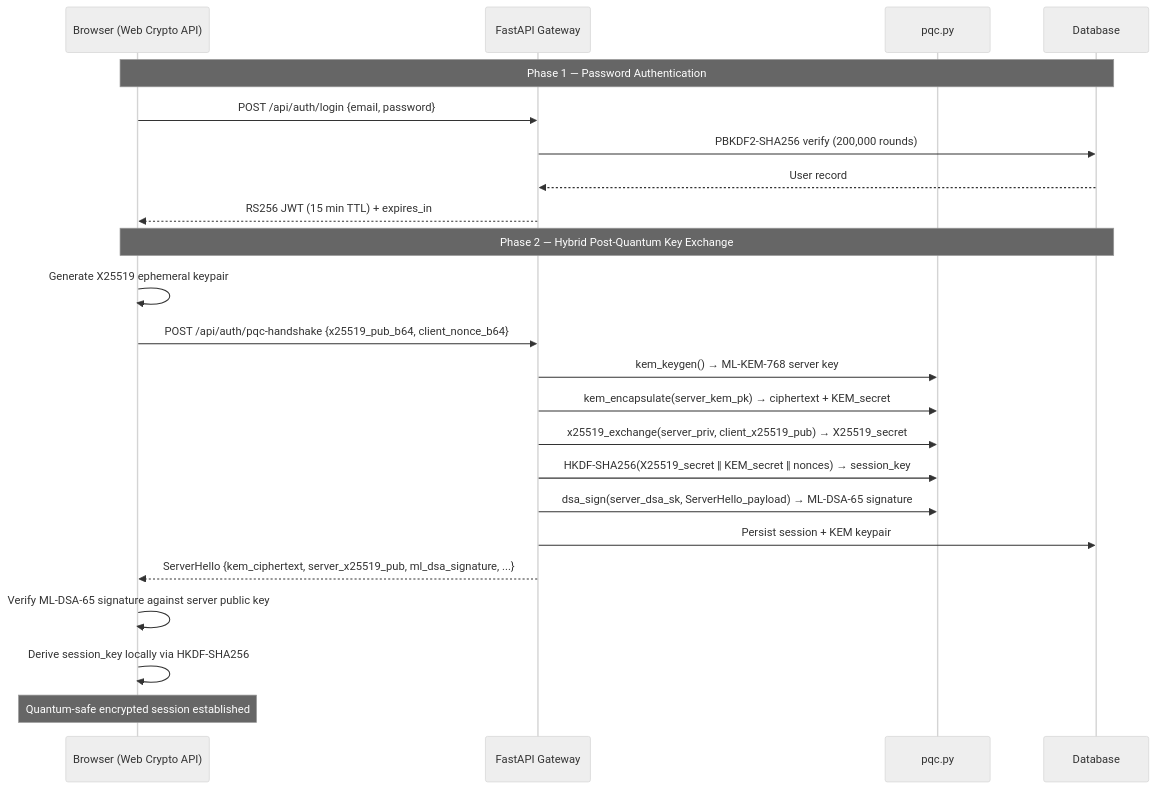
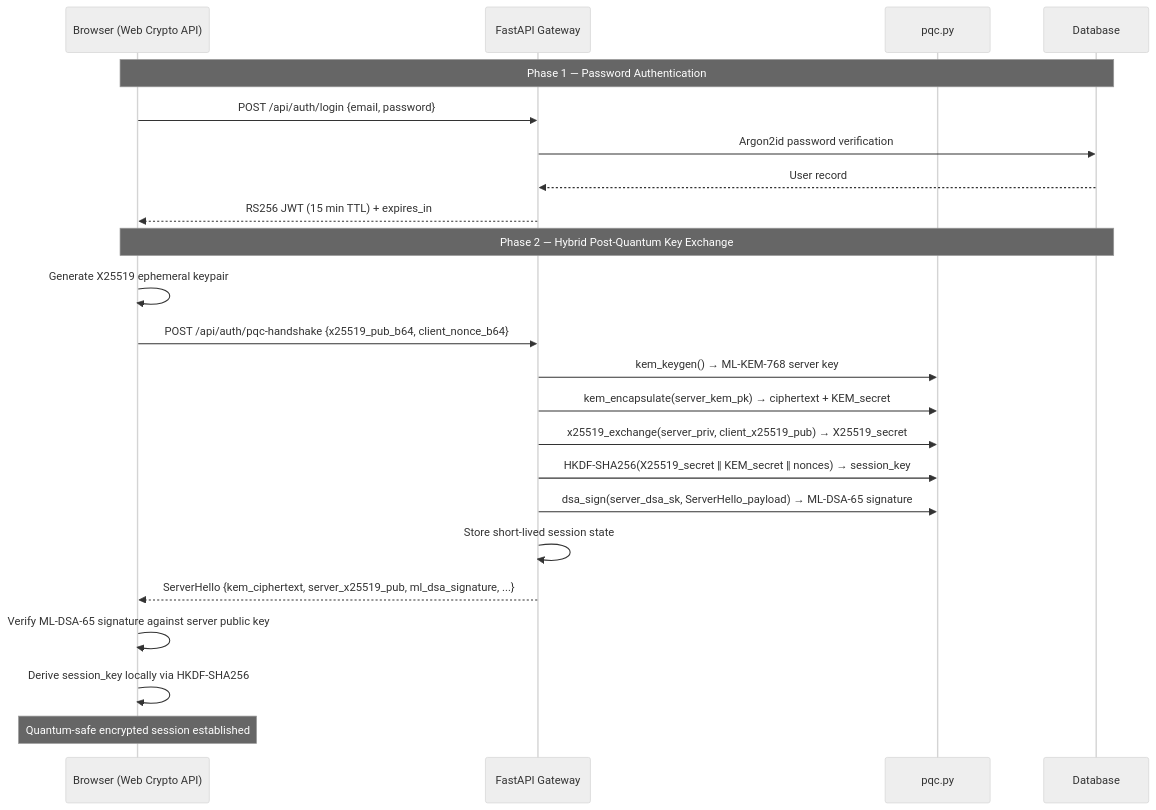
The third of 4 diagrams in README.md (BugHunterX2101/quantumsentinel-web), drawn with Mermaid (neutral theme) before and after one commit. The commit also changed other lines of this file and 20 other files, not shown here.

Commit message:
Harden order flow and align research documentation

````diff
--- a/README.md
+++ b/README.md
@@ -188,27 +188,27 @@
 ```mermaid
 sequenceDiagram
     participant BR as Browser (Web Crypto API)
     participant GW as FastAPI Gateway
     participant PQC as pqc.py
     participant DB as Database
 
     Note over BR,DB: Phase 1 — Password Authentication
     BR->>GW: POST /api/auth/login {email, password}
-    GW->>DB: PBKDF2-SHA256 verify (200,000 rounds)
+    GW->>DB: Argon2id password verification
     DB-->>GW: User record
     GW-->>BR: RS256 JWT (15 min TTL) + expires_in
 
     Note over BR,DB: Phase 2 — Hybrid Post-Quantum Key Exchange
     BR->>BR: Generate X25519 ephemeral keypair
     BR->>GW: POST /api/auth/pqc-handshake {x25519_pub_b64, client_nonce_b64}
     GW->>PQC: kem_keygen() → ML-KEM-768 server key
     GW->>PQC: kem_encapsulate(server_kem_pk) → ciphertext + KEM_secret
     GW->>PQC: x25519_exchange(server_priv, client_x25519_pub) → X25519_secret
     GW->>PQC: HKDF-SHA256(X25519_secret ‖ KEM_secret ‖ nonces) → session_key
     GW->>PQC: dsa_sign(server_dsa_sk, ServerHello_payload) → ML-DSA-65 signature
-    GW->>DB: Persist session + KEM keypair
+    GW->>GW: Store short-lived session state
     GW-->>BR: ServerHello {kem_ciphertext, server_x25519_pub, ml_dsa_signature, ...}
     BR->>BR: Verify ML-DSA-65 signature against server public key
     BR->>BR: Derive session_key locally via HKDF-SHA256
     Note over BR: Quantum-safe encrypted session established
 ```
````
